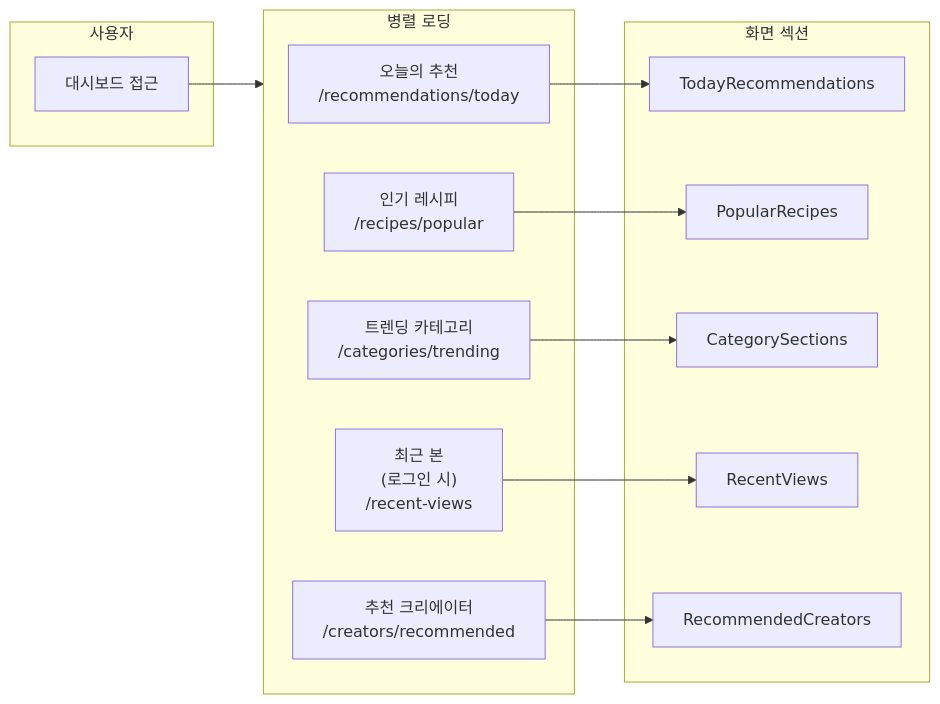
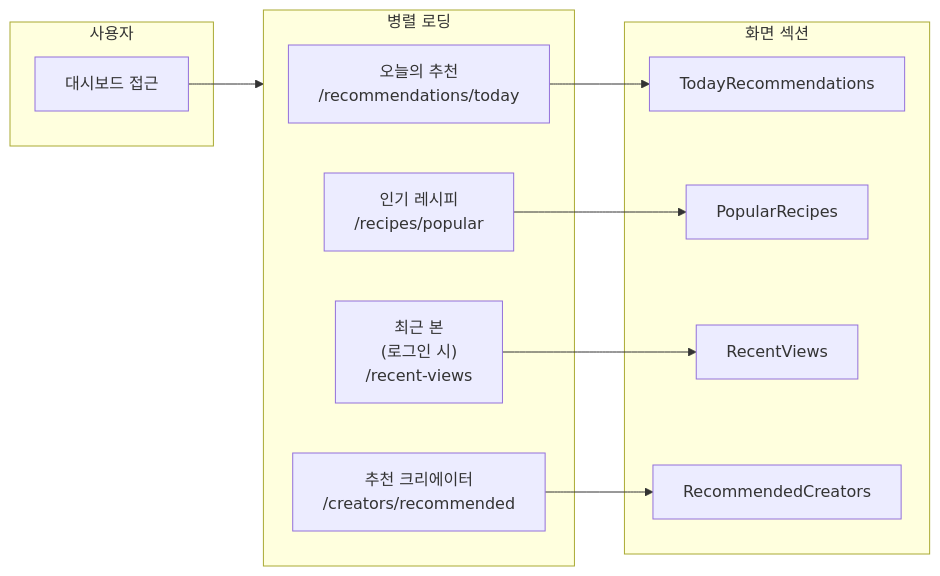
One commit to JinseokJang91/JangGunKitchen changed the sixth of 7 diagrams in docs/02-design/01-requirements/architecture-definition.md. Above: the diagram before and after it, drawn with Mermaid. The commit also changed other lines of this file and 64 other files, not shown here.

````diff
--- a/docs/02-design/01-requirements/architecture-definition.md
+++ b/docs/02-design/01-requirements/architecture-definition.md
@@ -182,29 +182,26 @@
 ```mermaid
 flowchart LR
     subgraph User["사용자"]
         A["대시보드 접근"]
     end
 
     subgraph Load["병렬 로딩"]
         B1["오늘의 추천\n/recommendations/today"]
         B2["인기 레시피\n/recipes/popular"]
-        B4["트렌딩 카테고리\n/categories/trending"]
         B5["최근 본\n(로그인 시)\n/recent-views"]
         B6["추천 크리에이터\n/creators/recommended"]
     end
 
     subgraph UI["화면 섹션"]
         U1["TodayRecommendations"]
         U2["PopularRecipes"]
-        U4["CategorySections"]
         U5["RecentViews"]
         U6["RecommendedCreators"]
     end
 
     A --> Load
     B1 --> U1
     B2 --> U2
-    B4 --> U4
     B5 --> U5
     B6 --> U6
 ```
````
